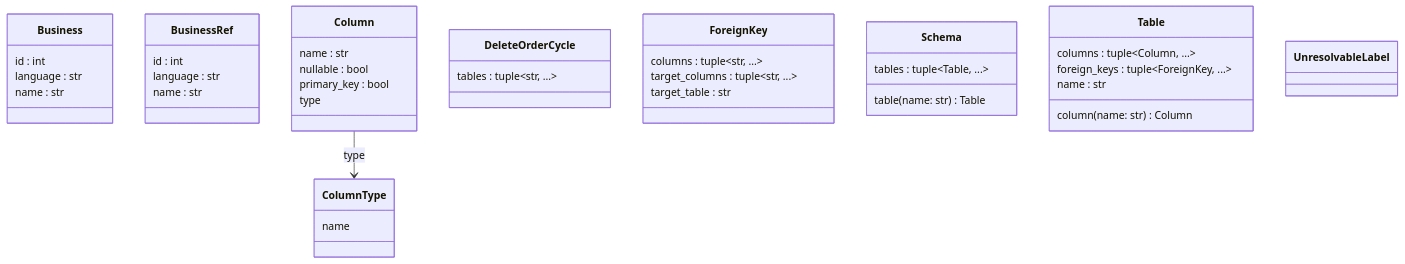
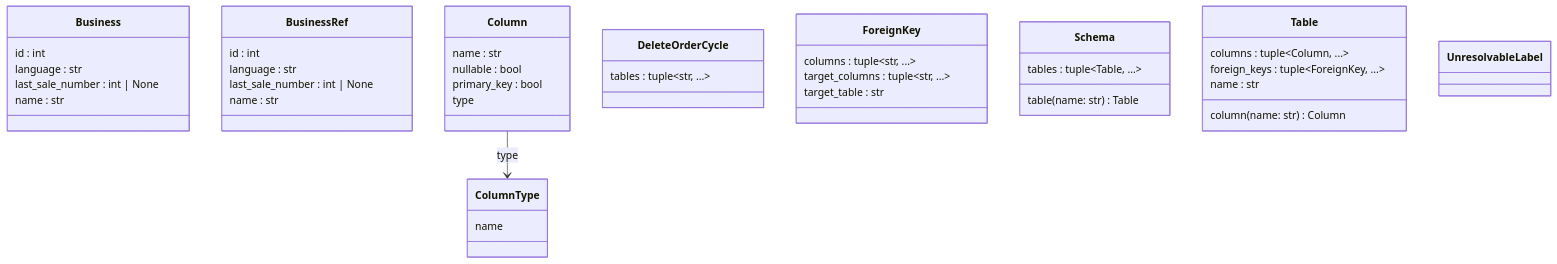
Before and after one commit to GonzaloZevallos/apostrophe: the fourth of 6 diagrams in docs/architecture/generated/classes/business_removal.md, drawn with Mermaid. The commit also changed 10 other files, not shown here.

First line of the commit message:
Carry last_sale_number in the removal export, index ADR 0073, and tighten the import tests

````diff
--- a/docs/architecture/generated/classes/business_removal.md
+++ b/docs/architecture/generated/classes/business_removal.md
@@ -86,43 +86,45 @@
 ```mermaid
 classDiagram
   class Business {
     id : int
     language : str
+    last_sale_number : int #124; None
     name : str
   }
   class BusinessRef {
     id : int
     language : str
+    last_sale_number : int #124; None
     name : str
   }
   class Column {
     name : str
     nullable : bool
     primary_key : bool
     type
   }
   class ColumnType {
     name
   }
   class DeleteOrderCycle {
     tables : tuple~str, ...~
   }
   class ForeignKey {
     columns : tuple~str, ...~
     target_columns : tuple~str, ...~
     target_table : str
   }
   class Schema {
     tables : tuple~Table, ...~
     table(name: str) Table
   }
   class Table {
     columns : tuple~Column, ...~
     foreign_keys : tuple~ForeignKey, ...~
     name : str
     column(name: str) Column
   }
   class UnresolvableLabel {
   }
   Column --> ColumnType : type
 ```
````
